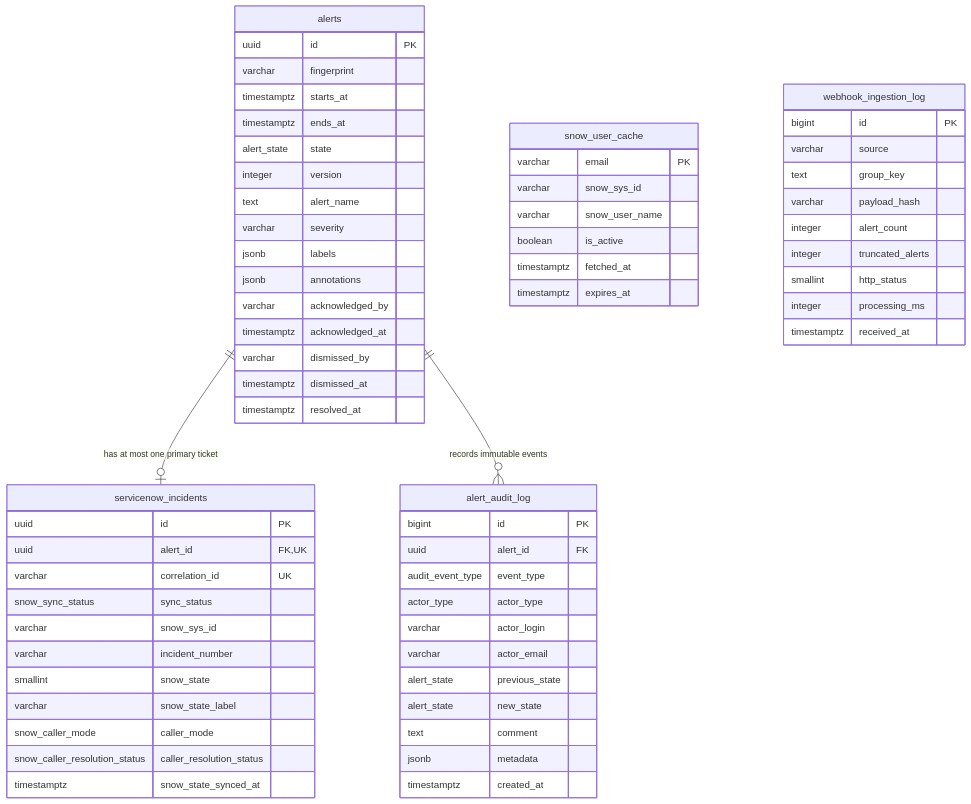
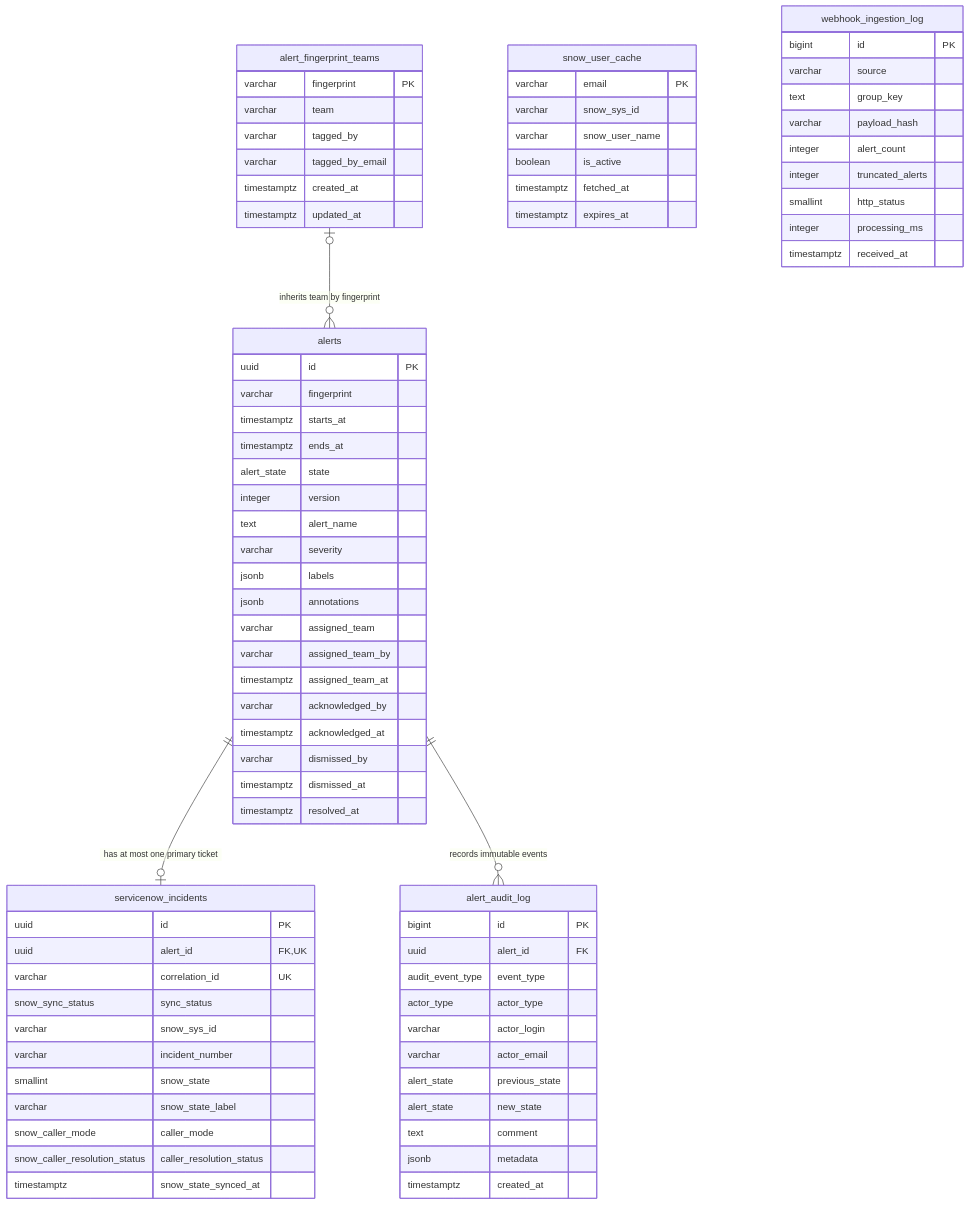
The diagram in docs/design/03-postgres-schema.md (oriraz1607/snow), drawn with Mermaid before and after one commit. The commit also changed other lines of this file and 52 other files, not shown here.

```diff
--- a/docs/design/03-postgres-schema.md
+++ b/docs/design/03-postgres-schema.md
@@ -23,6 +23,7 @@
 erDiagram
     alerts ||--o| servicenow_incidents : "has at most one primary ticket"
     alerts ||--o{ alert_audit_log : "records immutable events"
+    alert_fingerprint_teams |o--o{ alerts : "inherits team by fingerprint"
 
     alerts {
         uuid id PK
@@ -35,11 +36,23 @@
         varchar severity
         jsonb labels
         jsonb annotations
+        varchar assigned_team
+        varchar assigned_team_by
+        timestamptz assigned_team_at
         varchar acknowledged_by
         timestamptz acknowledged_at
         varchar dismissed_by
         timestamptz dismissed_at
         timestamptz resolved_at
+    }
+
+    alert_fingerprint_teams {
+        varchar fingerprint PK
+        varchar team
+        varchar tagged_by
+        varchar tagged_by_email
+        timestamptz created_at
+        timestamptz updated_at
     }
 
     servicenow_incidents {
```
